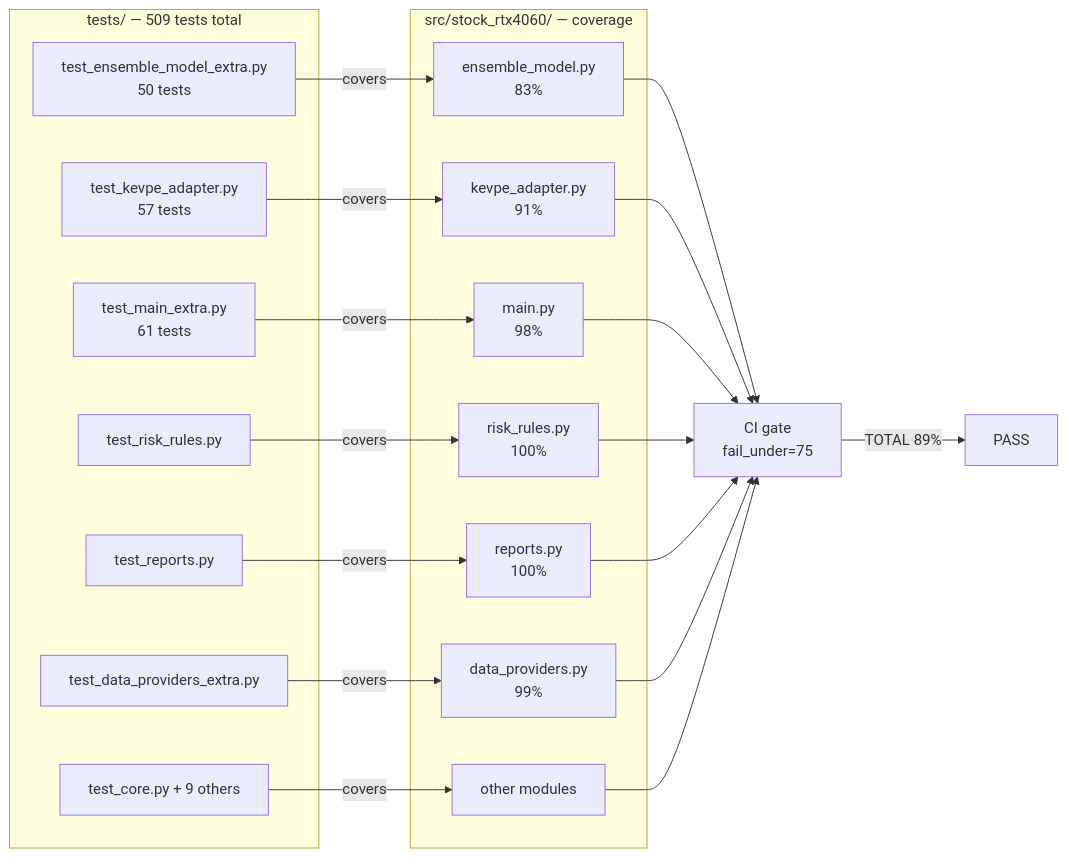
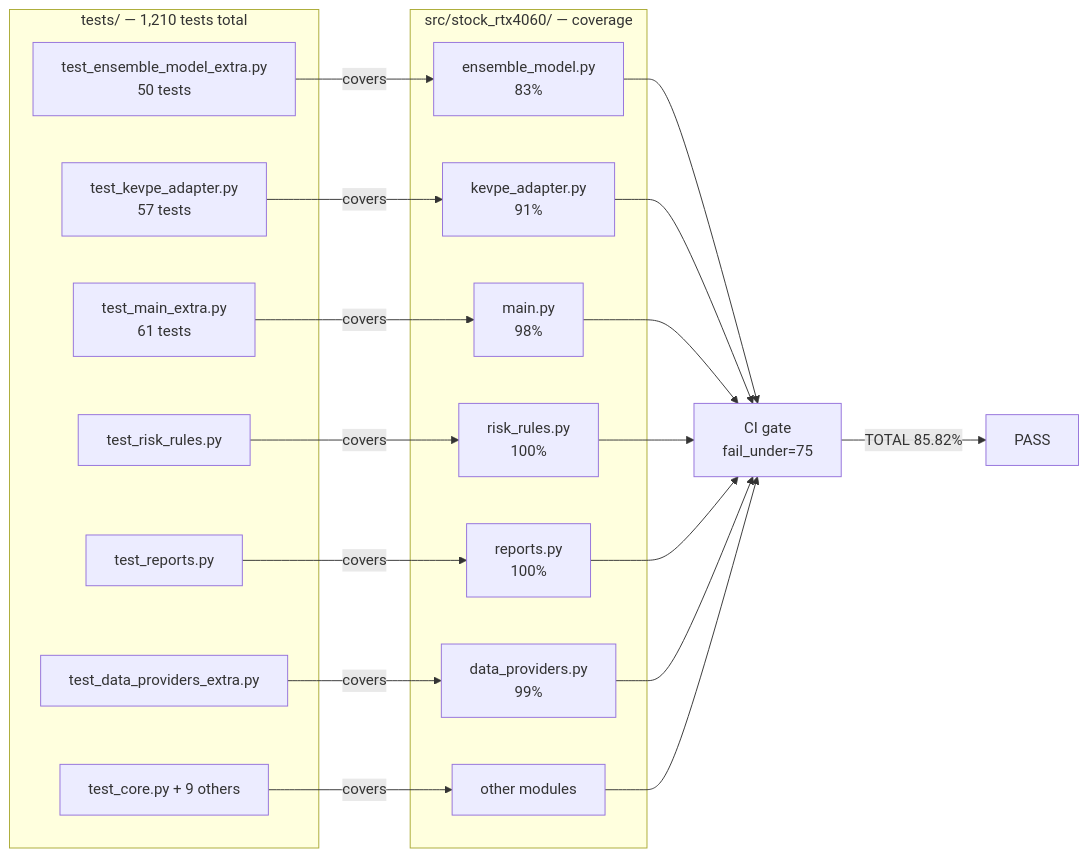
One commit to macho715/stock_hermes changed the seventh of 7 diagrams in README.md. Above: the diagram before and after it, drawn with Mermaid. The commit also changed other lines of this file and 1 other file, not shown here.

````diff
--- a/README.md
+++ b/README.md
@@ -722,39 +722,39 @@
 ```mermaid
 flowchart LR
-    subgraph TS["tests/  —  509 tests total"]
+    subgraph TS["tests/  —  1,210 tests total"]
         T1["test_ensemble_model_extra.py<br/>50 tests"]
         T2["test_kevpe_adapter.py<br/>57 tests"]
         T3["test_main_extra.py<br/>61 tests"]
         T4["test_risk_rules.py"]
         T5["test_reports.py"]
         T6["test_data_providers_extra.py"]
         TC["test_core.py + 9 others"]
     end
 
     subgraph MOD["src/stock_rtx4060/  —  coverage"]
         M1["ensemble_model.py<br/>83%"]
         M2["kevpe_adapter.py<br/>91%"]
         M3["main.py<br/>98%"]
         M4["risk_rules.py<br/>100%"]
         M5["reports.py<br/>100%"]
         M6["data_providers.py<br/>99%"]
         MX["other modules"]
     end
 
     T1 -->|covers| M1
     T2 -->|covers| M2
     T3 -->|covers| M3
     T4 -->|covers| M4
     T5 -->|covers| M5
     T6 -->|covers| M6
     TC -->|covers| MX
 
     M1 --> CI["CI gate<br/>fail_under=75"]
     M2 --> CI
     M3 --> CI
     M4 --> CI
     M5 --> CI
     M6 --> CI
     MX --> CI
-    CI -->|TOTAL 89%| PASS["PASS"]
+    CI -->|TOTAL 85.82%| PASS["PASS"]
 ```
````
